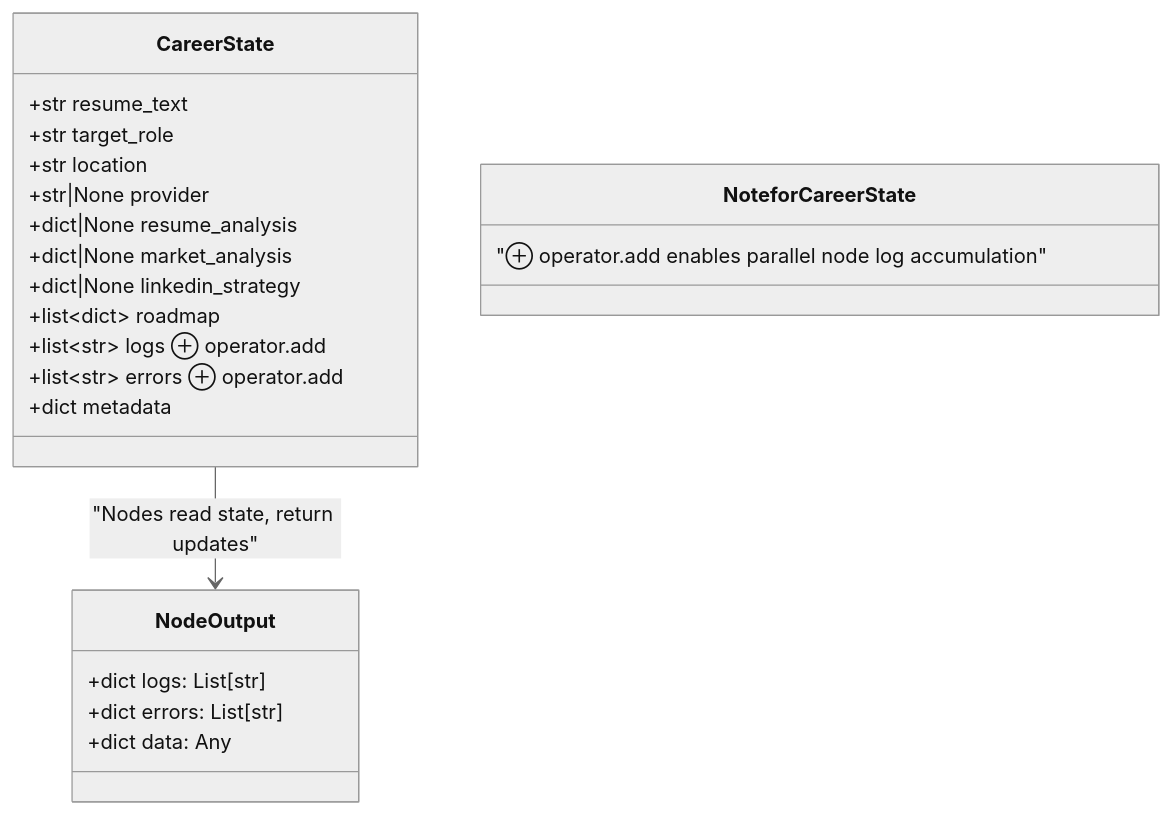
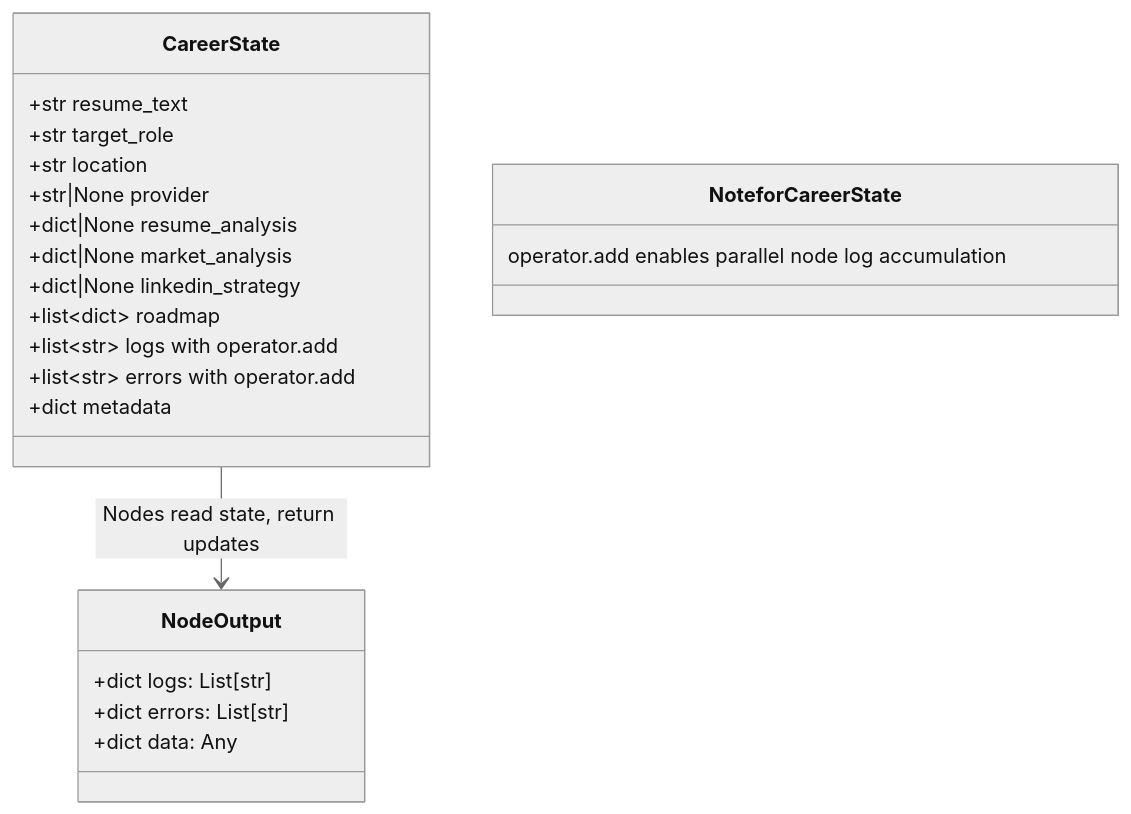
One commit to Anil-Pradhan-web/ai-career-mentor changed the fifth of 35 diagrams in ARCHITECTURE.md. Above: the diagram before and after it, drawn with Mermaid (neutral theme). The commit also changed other lines of this file, not shown here.

Commit message:
fix: remove all JSON curly braces from Mermaid sequence diagrams, simplify state diagrams, replace classDef with inline styles for GitHub compatibility

````diff
--- a/ARCHITECTURE.md
+++ b/ARCHITECTURE.md
@@ -251,25 +251,25 @@
 ```mermaid
 classDiagram
     class CareerState {
         +str resume_text
         +str target_role
         +str location
         +str|None provider
         +dict|None resume_analysis
         +dict|None market_analysis
         +dict|None linkedin_strategy
         +list~dict~ roadmap
-        +list~str~ logs ⊕ operator.add
-        +list~str~ errors ⊕ operator.add
+        +list~str~ logs with operator.add
+        +list~str~ errors with operator.add
         +dict metadata
     }
     
     class NodeOutput {
         +dict logs: List[str]
         +dict errors: List[str]
         +dict data: Any
     }
     
-    CareerState --> NodeOutput : "Nodes read state, return updates"
-    Note for CareerState: "⊕ operator.add enables parallel node log accumulation"
+    CareerState --> NodeOutput : Nodes read state, return updates
+    Note for CareerState: operator.add enables parallel node log accumulation
 ```
````
